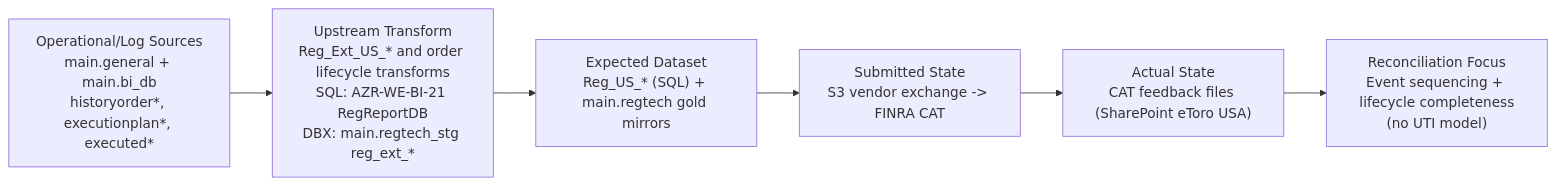
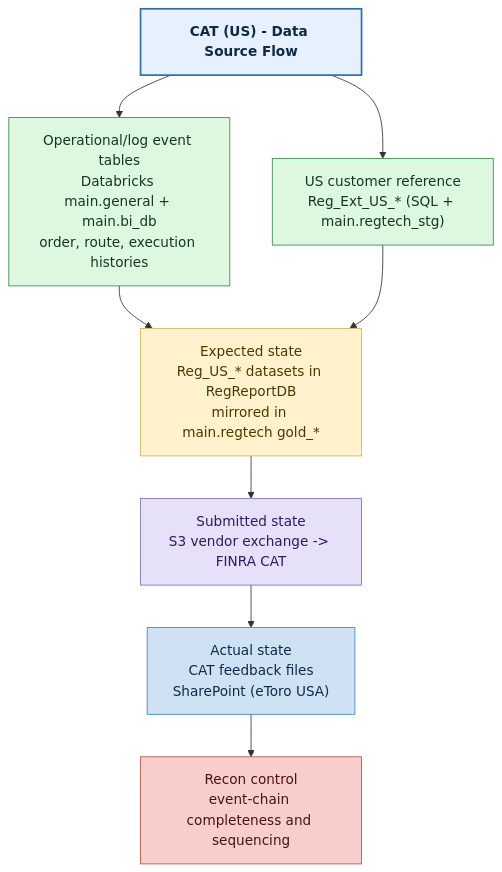
The diagram in docs/reporting-model-cat-data-sources.md (valentinosko-hub/RegTech), drawn with Mermaid before and after one commit. The commit also changed 15 other files, not shown here.

Commit message:
Style per-model diagrams with title and state colors

````diff
--- a/docs/reporting-model-cat-data-sources.md
+++ b/docs/reporting-model-cat-data-sources.md
@@ -3,11 +3,30 @@
 ```mermaid
-flowchart LR
-  O["Operational/Log Sources<br/>main.general + main.bi_db<br/>historyorder*, executionplan*, executed*"]
-  U["Upstream Transform<br/>Reg_Ext_US_* and order lifecycle transforms<br/>SQL: AZR-WE-BI-21 RegReportDB<br/>DBX: main.regtech_stg reg_ext_*"]
-  E["Expected Dataset<br/>Reg_US_* (SQL) + main.regtech gold mirrors"]
-  S["Submitted State<br/>S3 vendor exchange -> FINRA CAT"]
-  A["Actual State<br/>CAT feedback files (SharePoint eToro USA)"]
-  R["Reconciliation Focus<br/>Event sequencing + lifecycle completeness<br/>(no UTI model)"]
+flowchart TB
+  T["CAT (US) - Data Source Flow"]
+  S1["Operational/log event tables<br/>Databricks main.general + main.bi_db<br/>order, route, execution histories"]
+  S2["US customer reference<br/>Reg_Ext_US_* (SQL + main.regtech_stg)"]
+  E["Expected state<br/>Reg_US_* datasets in RegReportDB<br/>mirrored in main.regtech gold_*"]
+  U["Submitted state<br/>S3 vendor exchange -> FINRA CAT"]
+  A["Actual state<br/>CAT feedback files<br/>SharePoint (eToro USA)"]
+  R["Recon control<br/>event-chain completeness and sequencing"]
 
-  O --> U --> E --> S --> A --> R
+  T --> S1
+  T --> S2
+  S1 --> E
+  S2 --> E
+  E --> U --> A --> R
+
+  classDef title fill:#e6f0ff,stroke:#2f6fab,stroke-width:2px,color:#0e2a47,font-weight:bold;
+  classDef source fill:#def7df,stroke:#2f8f4f,stroke-width:1px,color:#12391f;
+  classDef expected fill:#fff2cc,stroke:#d6b656,stroke-width:1px,color:#4a3900;
+  classDef submitted fill:#e6e0f8,stroke:#7f70bf,stroke-width:1px,color:#2f1a5f;
+  classDef actual fill:#cfe2f3,stroke:#3d85c6,stroke-width:1px,color:#0e2a47;
+  classDef recon fill:#f8cecc,stroke:#b8544a,stroke-width:1px,color:#4a1212;
+
+  class T title;
+  class S1,S2 source;
+  class E expected;
+  class U submitted;
+  class A actual;
+  class R recon;
 ```
````
